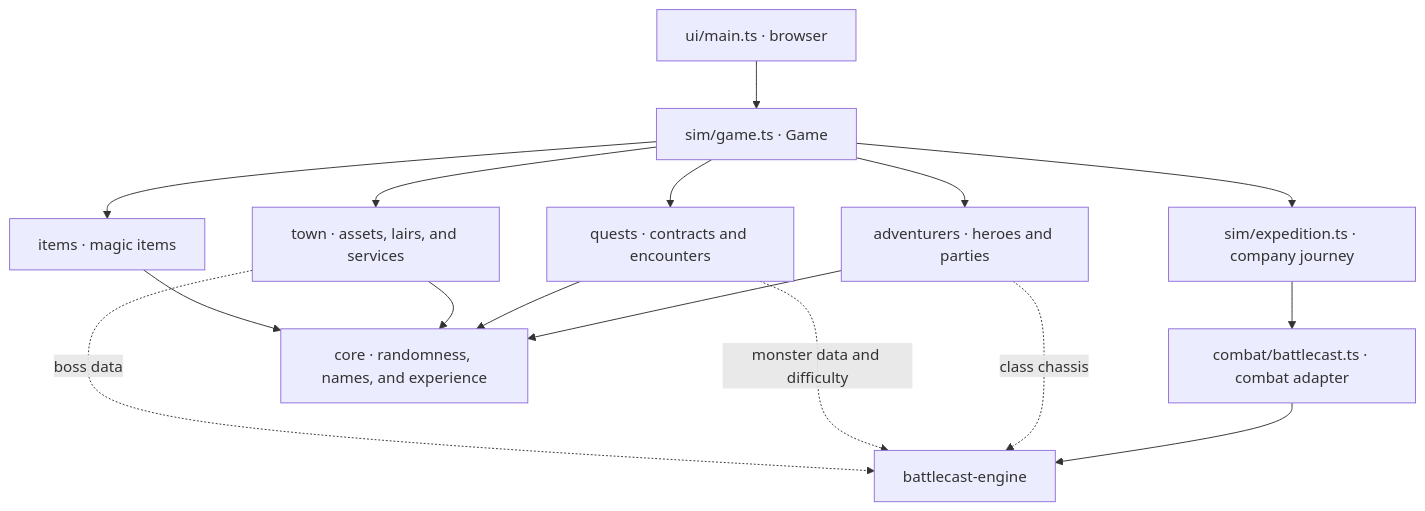
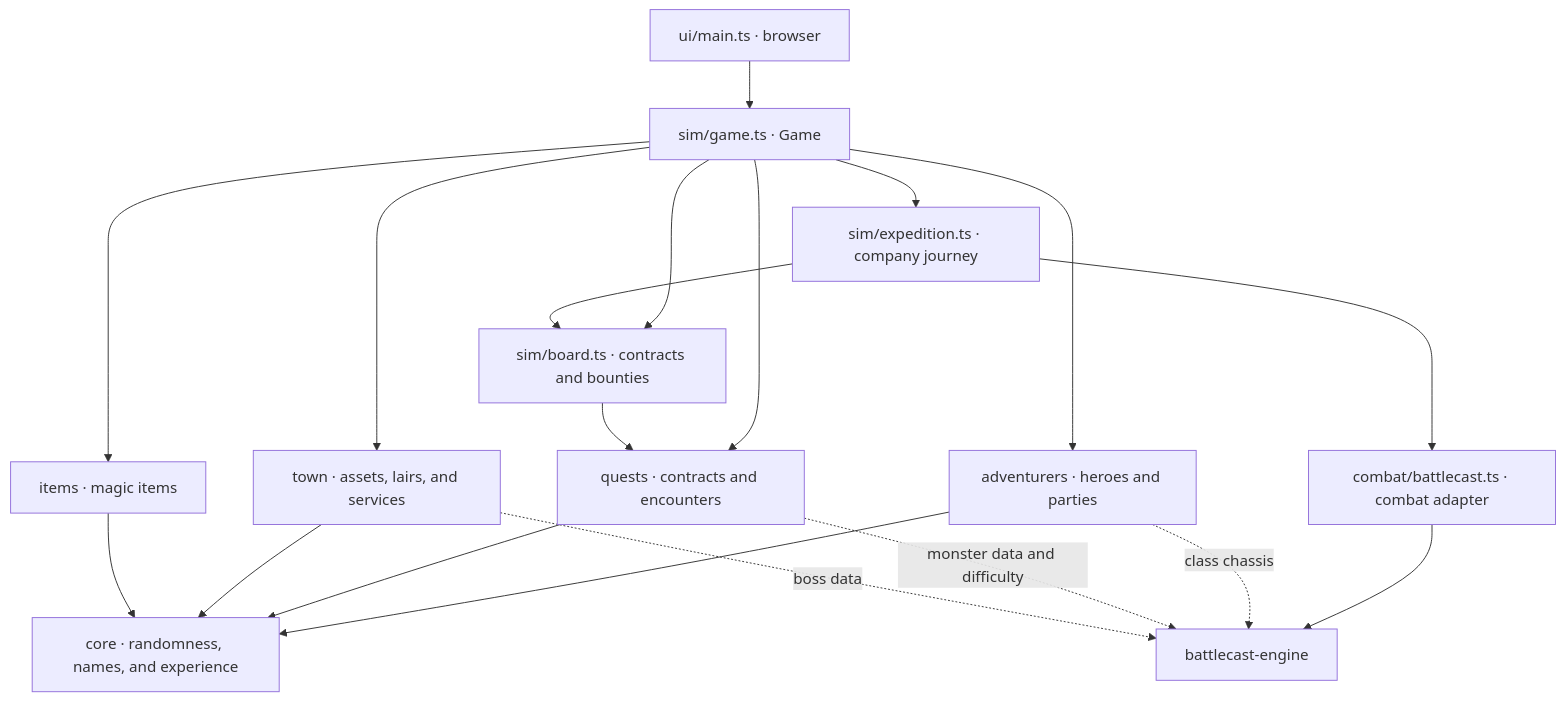
The diagram in docs/ARCHITECTURE-INTERFACES.md (carloscasalar/d20-idle-town), drawn with Mermaid before and after one commit. The commit also changed other lines of this file and 7 other files, not shown here.

First line of the commit message:
refactor: the Board owns the lifecycle of Contracts and Bounties

````diff
--- a/docs/ARCHITECTURE-INTERFACES.md
+++ b/docs/ARCHITECTURE-INTERFACES.md
@@ -7,18 +7,21 @@
 ```mermaid
 flowchart TD
   UI["ui/main.ts · browser"] --> GAME["sim/game.ts · Game"]
   GAME --> PEOPLE["adventurers · heroes and parties"]
   GAME --> QUESTS["quests · contracts and encounters"]
   GAME --> TOWN["town · assets, lairs, and services"]
   GAME --> ITEMS["items · magic items"]
+  GAME --> BOARD["sim/board.ts · contracts and bounties"]
+  BOARD --> QUESTS
   GAME --> EXPEDITION["sim/expedition.ts · company journey"]
+  EXPEDITION --> BOARD
   EXPEDITION --> COMBAT["combat/battlecast.ts · combat adapter"]
   PEOPLE --> CORE["core · randomness, names, and experience"]
   QUESTS --> CORE
   TOWN --> CORE
   ITEMS --> CORE
   COMBAT --> ENGINE["battlecast-engine"]
   PEOPLE -. "class chassis" .-> ENGINE
   QUESTS -. "monster data and difficulty" .-> ENGINE
   TOWN -. "boss data" .-> ENGINE
 ```
````
